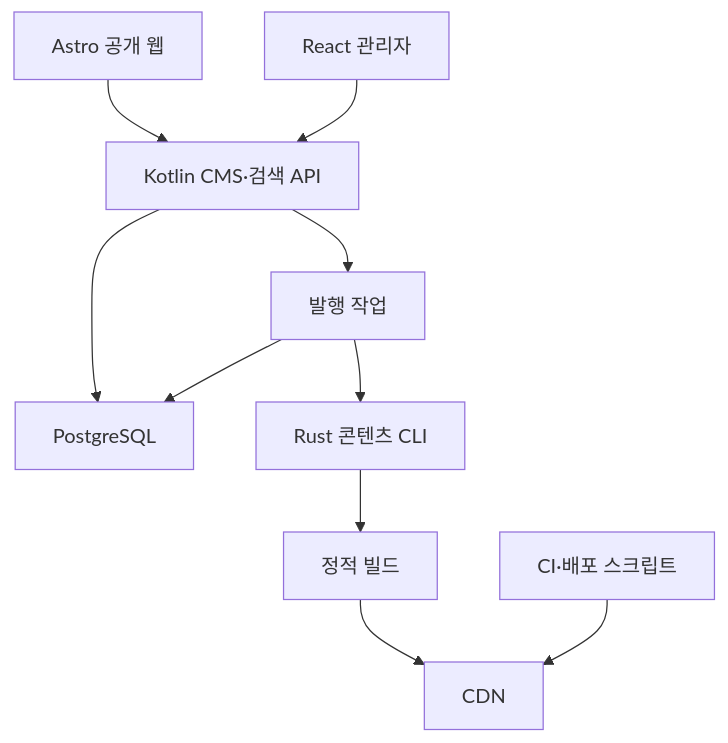
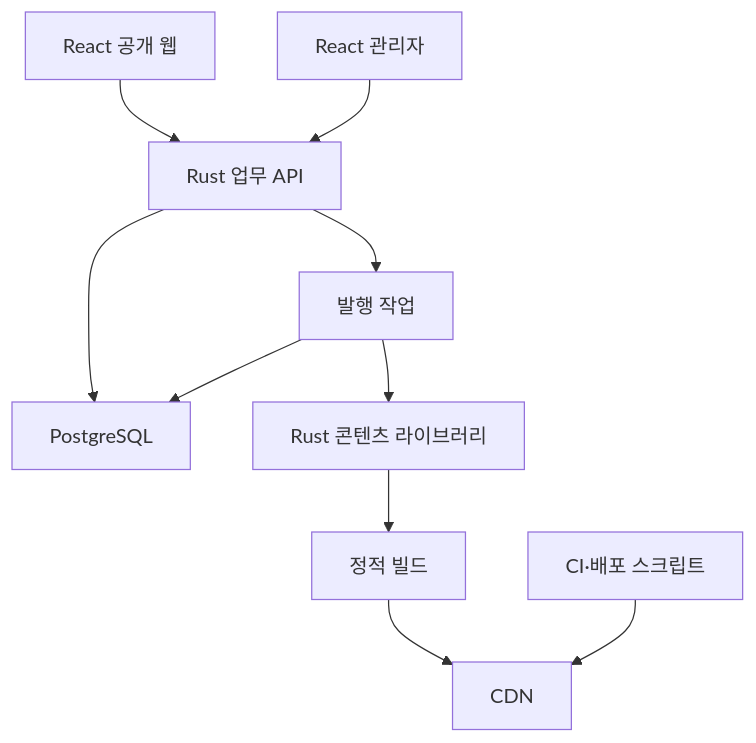
One commit to croppedeyebrow/DataGrizzly_Home changed the diagram in docs/05_diagrams/02_components.md. Above: the diagram before and after it, drawn with Mermaid. The commit also changed 206 other files, not shown here.

First line of the commit message:
feat: 공개 웹을 React 정적 빌드로 옮기고 Kotlin 서버를 Axum으로 바꾼다

````diff
--- a/docs/05_diagrams/02_components.md
+++ b/docs/05_diagrams/02_components.md
@@ -3,12 +3,12 @@
 ```mermaid
 flowchart TD
- W[Astro 공개 웹] --> K[Kotlin CMS·검색 API]
+ W[React 공개 웹] --> K[Rust 업무 API]
  A[React 관리자] --> K
  K --> DB[PostgreSQL]
  K --> J[발행 작업]
- J --> R[Rust 콘텐츠 CLI]
+ J --> R[Rust 콘텐츠 라이브러리]
  R --> B[정적 빌드]
  B --> C[CDN]
  J --> DB
  O[CI·배포 스크립트] --> C
 ```
````
